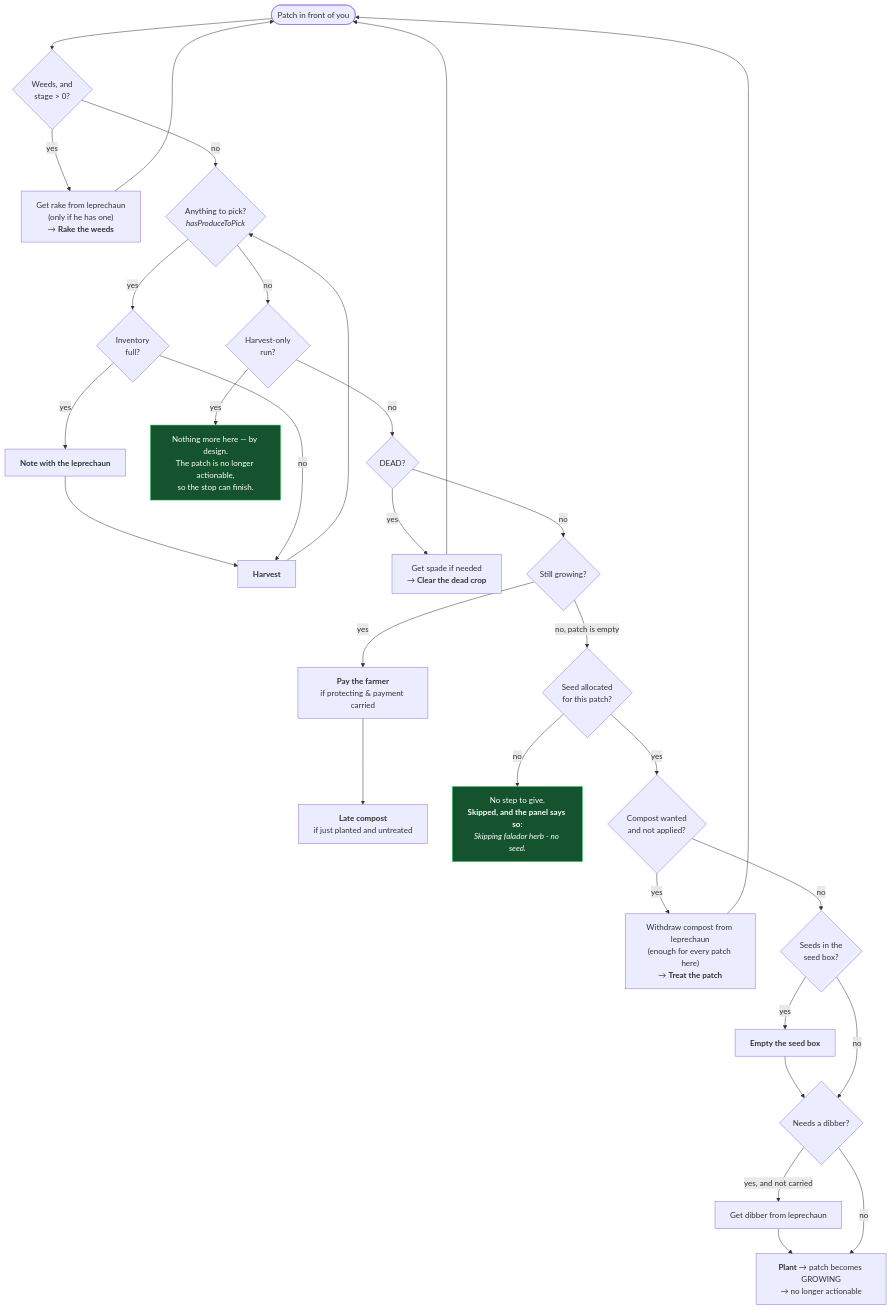
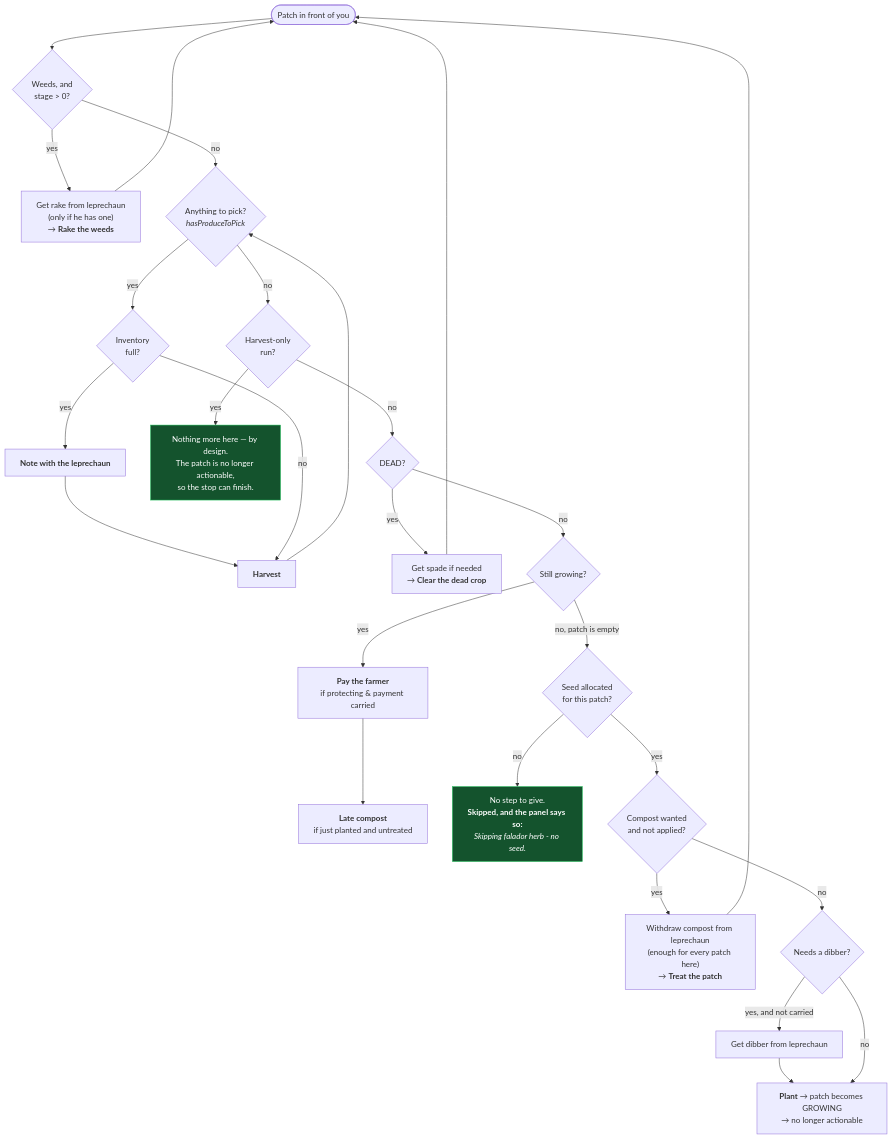
The second of 2 diagrams in docs/run-flow.md (Ginger-Beard/Doogle-Maps), drawn with Mermaid before and after one commit. The commit also changed 46 other files, not shown here.

````diff
--- a/docs/run-flow.md
+++ b/docs/run-flow.md
@@ -67,37 +67,35 @@
 ```mermaid
 flowchart TD
     P([Patch in front of you]) --> Weeds{"Weeds, and<br/>stage > 0?"}
     Weeds -- yes --> Rake["Get rake from leprechaun<br/>(only if he has one)<br/>→ <b>Rake the weeds</b>"] --> P
 
     Weeds -- no --> Ripe{"Anything to pick?<br/><i>hasProduceToPick</i>"}
     Ripe -- yes --> Full{"Inventory<br/>full?"}
     Full -- yes --> Note["<b>Note with the leprechaun</b>"] --> Harvest
     Full -- no --> Harvest["<b>Harvest</b>"]
     Harvest --> Ripe
 
     Ripe -- no --> HO{"Harvest-only<br/>run?"}
     HO -- yes --> HODone["Nothing more here — by design.<br/>The patch is no longer actionable,<br/>so the stop can finish."]
 
     HO -- no --> Dead{"DEAD?"}
     Dead -- yes --> Clear["Get spade if needed<br/>→ <b>Clear the dead crop</b>"] --> P
 
     Dead -- no --> Growing{"Still growing?"}
     Growing -- yes --> Pay["<b>Pay the farmer</b><br/>if protecting &amp; payment carried"]
     Pay --> LateCompost["<b>Late compost</b><br/>if just planted and untreated"]
 
     Growing -- "no, patch is empty" --> Seed{"Seed allocated<br/>for this patch?"}
     Seed -- no --> NoSeed
     Seed -- yes --> Compost{"Compost wanted<br/>and not applied?"}
 
     Compost -- yes --> DoCompost["Withdraw compost from leprechaun<br/>(enough for every patch here)<br/>→ <b>Treat the patch</b>"] --> P
-    Compost -- no --> Box{"Seeds in the<br/>seed box?"}
-    Box -- yes --> Empty["<b>Empty the seed box</b>"] --> Dibber
-    Box -- no --> Dibber{"Needs a dibber?"}
+    Compost -- no --> Dibber{"Needs a dibber?"}
     Dibber -- "yes, and not carried" --> GetDibber["Get dibber from leprechaun"] --> Plant
     Dibber -- no --> Plant["<b>Plant</b> → patch becomes GROWING<br/>→ no longer actionable"]
 
     NoSeed["No step to give.<br/><b>Skipped, and the panel says so:</b><br/><i>Skipping falador herb - no seed.</i>"]
 
     classDef ok fill:#14532d,stroke:#22c55e,color:#fff
     class HODone,NoSeed ok
 ```
````
